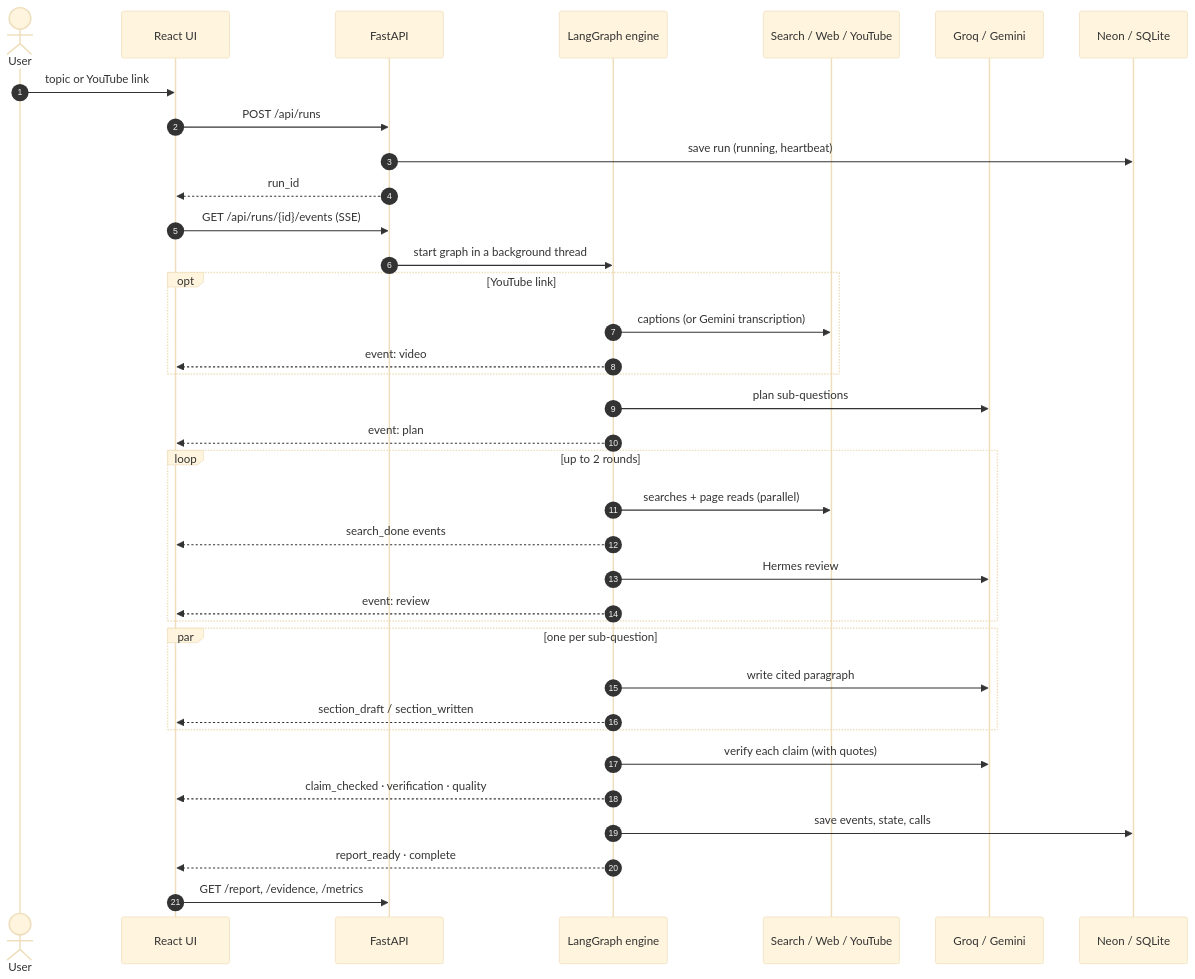
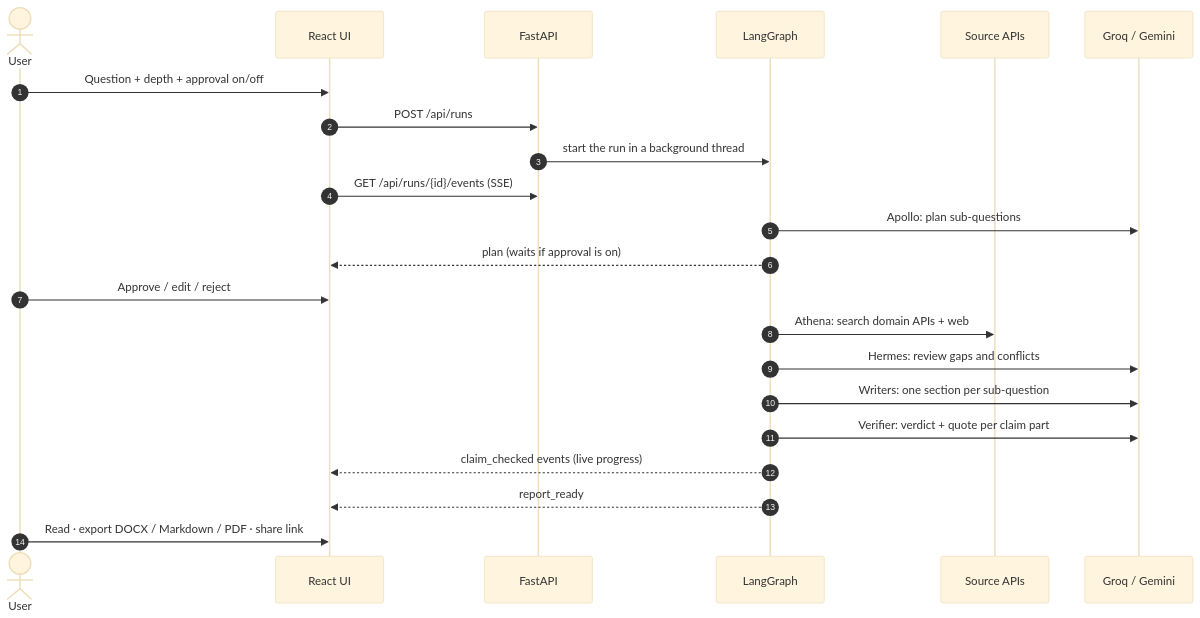
The fifth of 6 diagrams in README.md (nirmaytripathi/Apollo), drawn with Mermaid (base theme) before and after one commit. The commit also changed other lines of this file, not shown here.

Commit message:
Rewrite README with architecture diagrams and project overview

````diff
--- a/README.md
+++ b/README.md
@@ -477,39 +194,25 @@
 ```mermaid
 sequenceDiagram
     autonumber
-    actor User
+    actor U as User
     participant UI as React UI
     participant API as FastAPI
-    participant G as LangGraph engine
-    participant Ext as Search / Web / YouTube
-    participant LLM as Groq / Gemini
-    participant DB as Neon / SQLite
+    participant G as LangGraph
+    participant S as Source APIs
+    participant L as Groq / Gemini
 
-    User->>UI: topic or YouTube link
+    U->>UI: Question + depth + approval on/off
     UI->>API: POST /api/runs
-    API->>DB: save run (running, heartbeat)
-    API-->>UI: run_id
+    API->>G: start the run in a background thread
     UI->>API: GET /api/runs/{id}/events (SSE)
-    API->>G: start graph in a background thread
-    opt YouTube link
-        G->>Ext: captions (or Gemini transcription)
-        G-->>UI: event: video
-    end
-    G->>LLM: plan sub-questions
-    G-->>UI: event: plan
-    loop up to 2 rounds
-        G->>Ext: searches + page reads (parallel)
-        G-->>UI: search_done events
-        G->>LLM: Hermes review
-        G-->>UI: event: review
-    end
-    par one per sub-question
-        G->>LLM: write cited paragraph
-        G-->>UI: section_draft / section_written
-    end
-    G->>LLM: verify each claim (with quotes)
-    G-->>UI: claim_checked · verification · quality
-    G->>DB: save events, state, calls
-    G-->>UI: report_ready · complete
-    UI->>API: GET /report, /evidence, /metrics
+    G->>L: Apollo: plan sub-questions
+    G-->>UI: plan (waits if approval is on)
+    U->>UI: Approve / edit / reject
+    G->>S: Athena: search domain APIs + web
+    G->>L: Hermes: review gaps and conflicts
+    G->>L: Writers: one section per sub-question
+    G->>L: Verifier: verdict + quote per claim part
+    G-->>UI: claim_checked events (live progress)
+    G-->>UI: report_ready
+    U->>UI: Read · export DOCX / Markdown / PDF · share link
 ```
````
